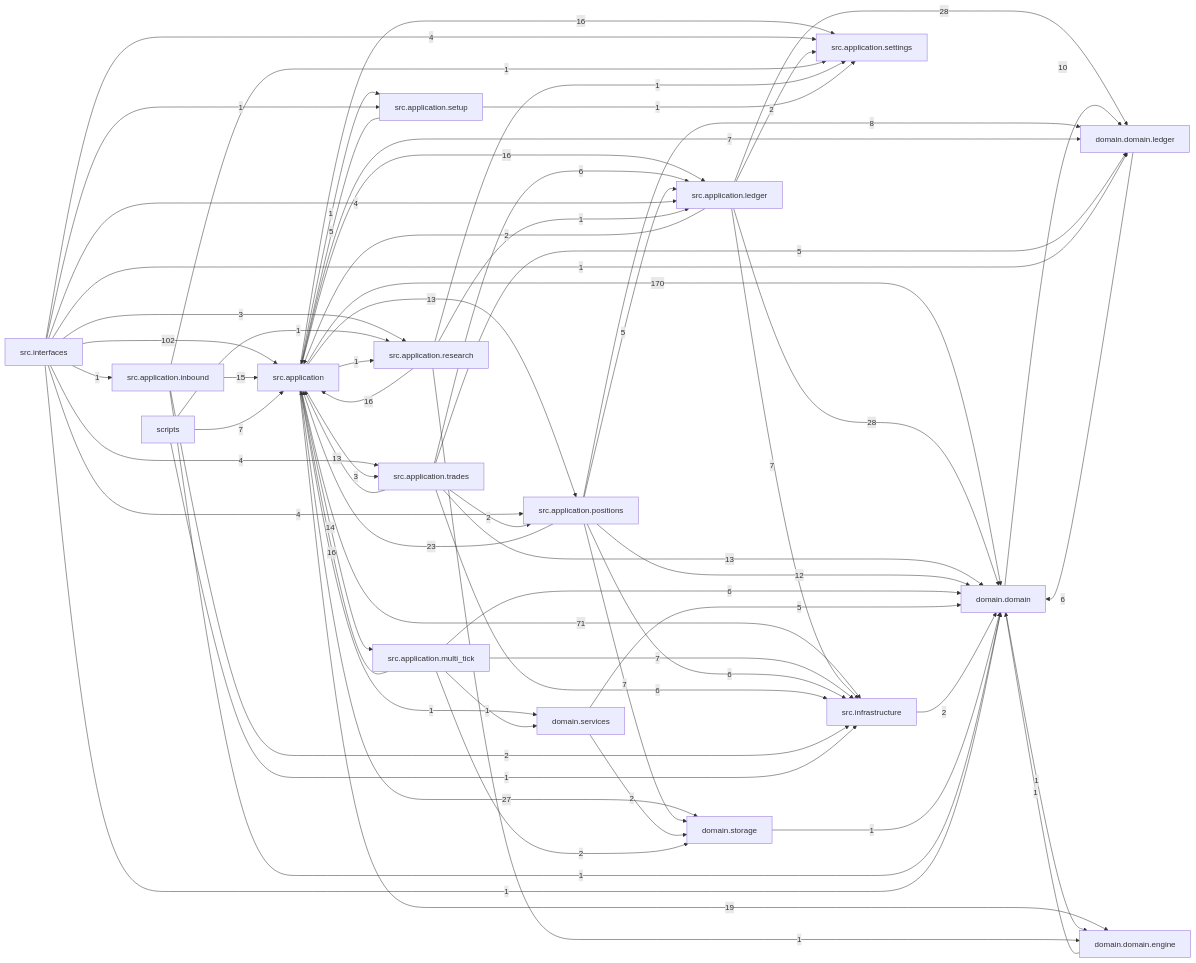
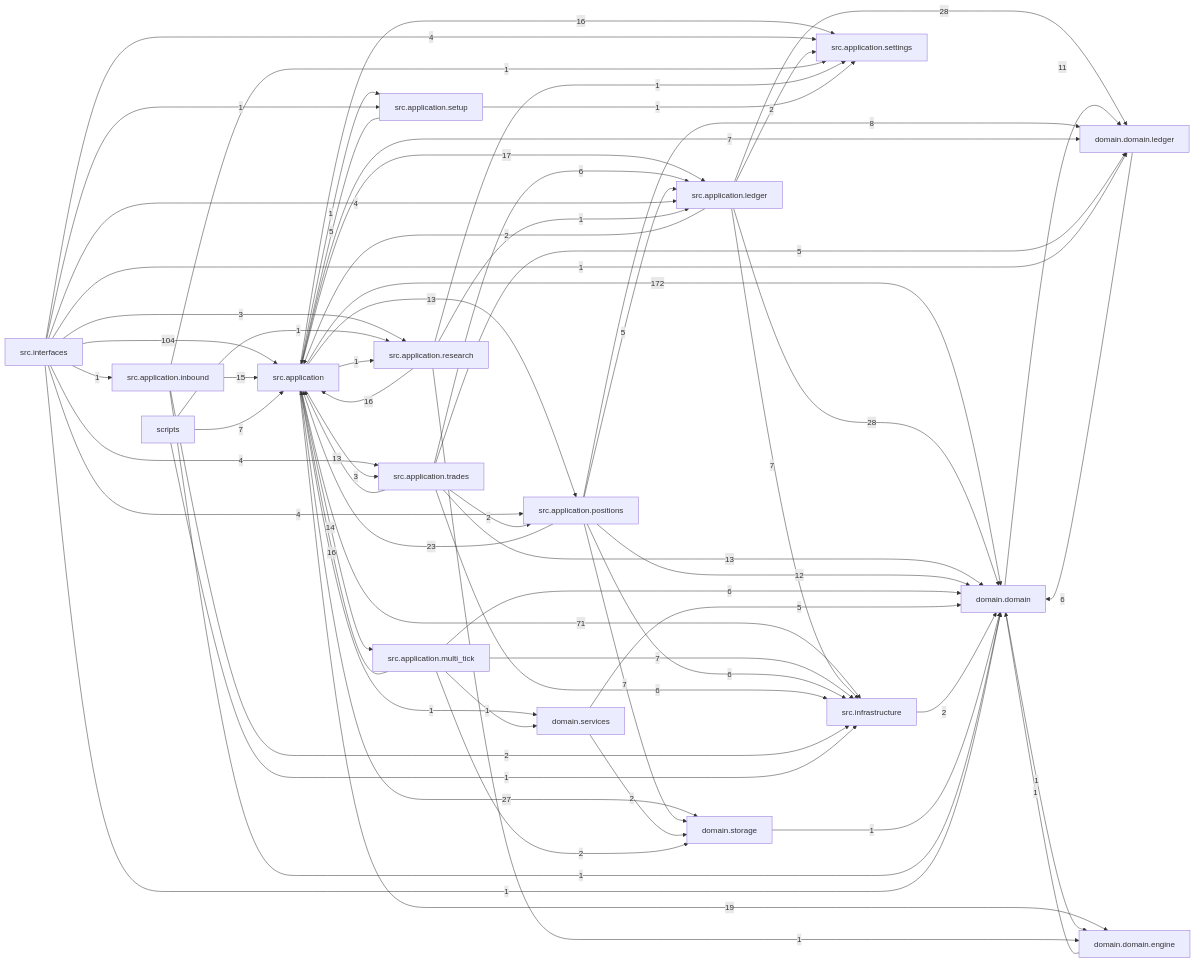
Before and after one commit to liuxie066/options-monitor: the diagram in docs/dependency_graph.mmd, drawn with Mermaid. The commit also changed 20 other files, not shown here.

```diff
--- a/docs/dependency_graph.mmd
+++ b/docs/dependency_graph.mmd
@@ -1,67 +1,67 @@
 flowchart LR
-  src_application["src.application"] -->|170| domain_domain["domain.domain"]
-  src_interfaces["src.interfaces"] -->|102| src_application["src.application"]
+  src_application["src.application"] -->|172| domain_domain["domain.domain"]
+  src_interfaces["src.interfaces"] -->|104| src_application["src.application"]
   src_application["src.application"] -->|71| src_infrastructure["src.infrastructure"]
   src_application_ledger["src.application.ledger"] -->|28| domain_domain["domain.domain"]
   src_application_ledger["src.application.ledger"] -->|28| domain_domain_ledger["domain.domain.ledger"]
   src_application["src.application"] -->|27| domain_storage["domain.storage"]
   src_application_positions["src.application.positions"] -->|23| src_application["src.application"]
   src_application["src.application"] -->|19| domain_domain_engine["domain.domain.engine"]
-  src_application["src.application"] -->|16| src_application_ledger["src.application.ledger"]
+  src_application["src.application"] -->|17| src_application_ledger["src.application.ledger"]
   src_application["src.application"] -->|16| src_application_settings["src.application.settings"]
   src_application_multi_tick["src.application.multi_tick"] -->|16| src_application["src.application"]
   src_application_research["src.application.research"] -->|16| src_application["src.application"]
   src_application_inbound["src.application.inbound"] -->|15| src_application["src.application"]
   src_application["src.application"] -->|14| src_application_multi_tick["src.application.multi_tick"]
   src_application["src.application"] -->|13| src_application_positions["src.application.positions"]
   src_application_trades["src.application.trades"] -->|13| domain_domain["domain.domain"]
   src_application_trades["src.application.trades"] -->|13| src_application["src.application"]
   src_application_positions["src.application.positions"] -->|12| domain_domain["domain.domain"]
-  domain_domain["domain.domain"] -->|10| domain_domain_ledger["domain.domain.ledger"]
+  domain_domain["domain.domain"] -->|11| domain_domain_ledger["domain.domain.ledger"]
   src_application_positions["src.application.positions"] -->|8| domain_domain_ledger["domain.domain.ledger"]
   scripts["scripts"] -->|7| src_application["src.application"]
   src_application["src.application"] -->|7| domain_domain_ledger["domain.domain.ledger"]
   src_application_ledger["src.application.ledger"] -->|7| src_infrastructure["src.infrastructure"]
   src_application_multi_tick["src.application.multi_tick"] -->|7| src_infrastructure["src.infrastructure"]
   src_application_positions["src.application.positions"] -->|7| domain_storage["domain.storage"]
   domain_domain_ledger["domain.domain.ledger"] -->|6| domain_domain["domain.domain"]
   src_application_multi_tick["src.application.multi_tick"] -->|6| domain_domain["domain.domain"]
   src_application_positions["src.application.positions"] -->|6| src_infrastructure["src.infrastructure"]
   src_application_trades["src.application.trades"] -->|6| src_application_ledger["src.application.ledger"]
   src_application_trades["src.application.trades"] -->|6| src_infrastructure["src.infrastructure"]
   domain_services["domain.services"] -->|5| domain_domain["domain.domain"]
   src_application_positions["src.application.positions"] -->|5| src_application_ledger["src.application.ledger"]
   src_application_setup["src.application.setup"] -->|5| src_application["src.application"]
   src_application_trades["src.application.trades"] -->|5| domain_domain_ledger["domain.domain.ledger"]
   src_interfaces["src.interfaces"] -->|4| src_application_ledger["src.application.ledger"]
   src_interfaces["src.interfaces"] -->|4| src_application_positions["src.application.positions"]
   src_interfaces["src.interfaces"] -->|4| src_application_settings["src.application.settings"]
   src_interfaces["src.interfaces"] -->|4| src_application_trades["src.application.trades"]
   src_application["src.application"] -->|3| src_application_trades["src.application.trades"]
   src_interfaces["src.interfaces"] -->|3| src_application_research["src.application.research"]
   domain_services["domain.services"] -->|2| domain_storage["domain.storage"]
   src_application_inbound["src.application.inbound"] -->|2| src_infrastructure["src.infrastructure"]
   src_application_ledger["src.application.ledger"] -->|2| src_application["src.application"]
   src_application_ledger["src.application.ledger"] -->|2| src_application_settings["src.application.settings"]
   src_application_multi_tick["src.application.multi_tick"] -->|2| domain_storage["domain.storage"]
   src_application_trades["src.application.trades"] -->|2| src_application_positions["src.application.positions"]
   src_infrastructure["src.infrastructure"] -->|2| domain_domain["domain.domain"]
   domain_domain["domain.domain"] -->|1| domain_domain_engine["domain.domain.engine"]
   domain_domain_engine["domain.domain.engine"] -->|1| domain_domain["domain.domain"]
   domain_storage["domain.storage"] -->|1| domain_domain["domain.domain"]
   scripts["scripts"] -->|1| src_application_research["src.application.research"]
   scripts["scripts"] -->|1| src_infrastructure["src.infrastructure"]
   src_application["src.application"] -->|1| domain_services["domain.services"]
   src_application["src.application"] -->|1| src_application_research["src.application.research"]
   src_application["src.application"] -->|1| src_application_setup["src.application.setup"]
   src_application_inbound["src.application.inbound"] -->|1| domain_domain["domain.domain"]
   src_application_inbound["src.application.inbound"] -->|1| src_application_settings["src.application.settings"]
   src_application_multi_tick["src.application.multi_tick"] -->|1| domain_services["domain.services"]
   src_application_research["src.application.research"] -->|1| domain_domain_engine["domain.domain.engine"]
   src_application_research["src.application.research"] -->|1| src_application_ledger["src.application.ledger"]
   src_application_research["src.application.research"] -->|1| src_application_settings["src.application.settings"]
   src_application_setup["src.application.setup"] -->|1| src_application_settings["src.application.settings"]
   src_interfaces["src.interfaces"] -->|1| domain_domain["domain.domain"]
   src_interfaces["src.interfaces"] -->|1| domain_domain_ledger["domain.domain.ledger"]
   src_interfaces["src.interfaces"] -->|1| src_application_inbound["src.application.inbound"]
   src_interfaces["src.interfaces"] -->|1| src_application_setup["src.application.setup"]
```
